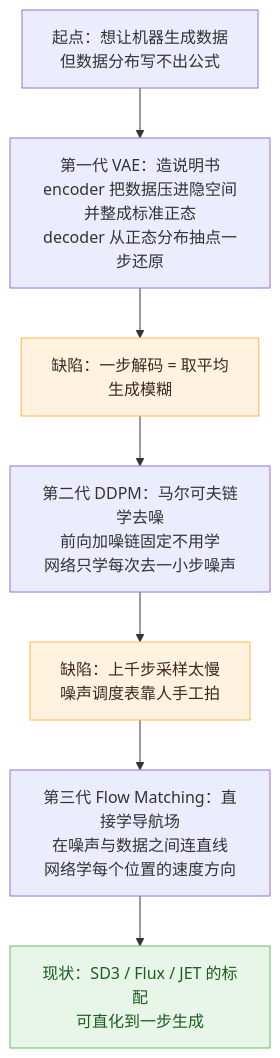
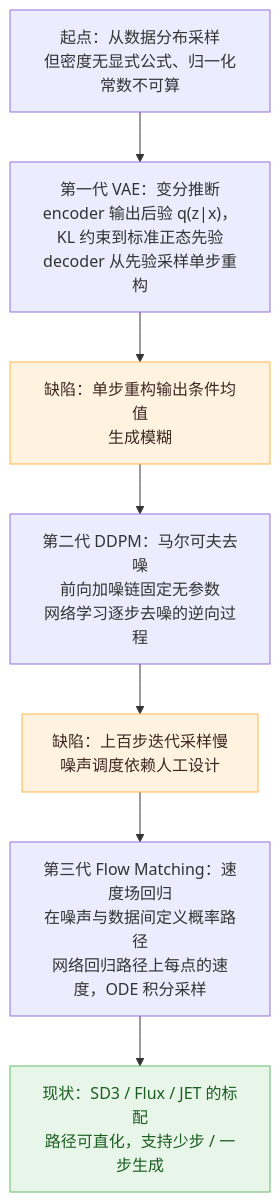
Before and after one commit to CyLin-CSU/paper-notes: the diagram in docs/basics/generative-lineage.md, drawn with Mermaid. The commit also changed other lines of this file, not shown here.

````diff
--- a/docs/basics/generative-lineage.md
+++ b/docs/basics/generative-lineage.md
@@ -31,12 +31,12 @@
 ```mermaid
 flowchart TD
-    Q0["起点：想让机器生成数据<br/>但数据分布写不出公式"] --> A
-    A["第一代 VAE：造说明书<br/>encoder 把数据压进隐空间并整成标准正态<br/>decoder 从正态分布抽点一步还原"] --> P1["缺陷：一步解码 = 取平均<br/>生成模糊"]
-    P1 --> B["第二代 DDPM：马尔可夫链学去噪<br/>前向加噪链固定不用学<br/>网络只学每次去一小步噪声"]
-    B --> P2["缺陷：上千步采样太慢<br/>噪声调度表靠人手工拍"]
-    P2 --> C["第三代 Flow Matching：直接学导航场<br/>在噪声与数据之间连直线<br/>网络学每个位置的速度方向"]
-    C --> P3["现状：SD3 / Flux / JET 的标配<br/>可直化到一步生成"]
+    Q0["起点：从数据分布采样<br/>但密度无显式公式、归一化常数不可算"] --> A
+    A["第一代 VAE：变分推断<br/>encoder 输出后验 q(z|x)，KL 约束到标准正态先验<br/>decoder 从先验采样单步重构"] --> P1["缺陷：单步重构输出条件均值<br/>生成模糊"]
+    P1 --> B["第二代 DDPM：马尔可夫去噪<br/>前向加噪链固定无参数<br/>网络学习逐步去噪的逆向过程"]
+    B --> P2["缺陷：上百步迭代采样慢<br/>噪声调度依赖人工设计"]
+    P2 --> C["第三代 Flow Matching：速度场回归<br/>在噪声与数据间定义概率路径<br/>网络回归路径上每点的速度，ODE 积分采样"]
+    C --> P3["现状：SD3 / Flux / JET 的标配<br/>路径可直化，支持少步 / 一步生成"]
     style P1 fill:#fff3e0,stroke:#ffb74d,color:#3e2723
     style P2 fill:#fff3e0,stroke:#ffb74d,color:#3e2723
     style P3 fill:#e8f5e9,stroke:#66bb6a,color:#1b5e20
 ```
````
